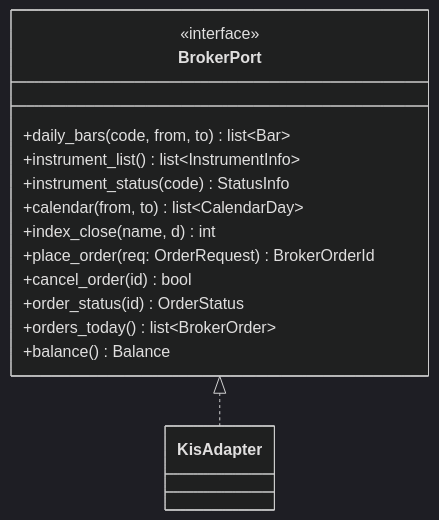
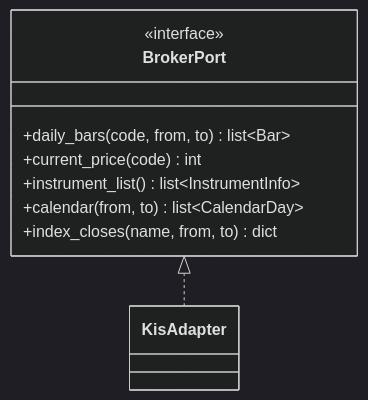
Before and after one commit to HoyoungParkme/quant-rebalance-bot: the fifth of 17 diagrams in docs/specs/06-DOM/QBOT-DOM-002.md, drawn with Mermaid (dark theme). The commit also changed other lines of this file, not shown here.

Commit message:
구현 반영: 조회 포트와 주문 포트 분리(6장 미결 2 해소), risk에 OrderGate·ValuationRecorder·LiveGate, reporting crud 추가, 폴더 구조를 실제와 맞춤, 입구 동시성 규칙

````diff
--- a/docs/specs/06-DOM/QBOT-DOM-002.md
+++ b/docs/specs/06-DOM/QBOT-DOM-002.md
@@ -165,18 +175,13 @@
 ```mermaid
 classDiagram
   class BrokerPort {
     <<interface>>
     +daily_bars(code, from, to) list~Bar~
+    +current_price(code) int
     +instrument_list() list~InstrumentInfo~
-    +instrument_status(code) StatusInfo
     +calendar(from, to) list~CalendarDay~
-    +index_close(name, d) int
-    +place_order(req: OrderRequest) BrokerOrderId
-    +cancel_order(id) bool
-    +order_status(id) OrderStatus
-    +orders_today() list~BrokerOrder~
-    +balance() Balance
+    +index_closes(name, from, to) dict
   }
   class KisAdapter
   BrokerPort <|.. KisAdapter
 ```
````
